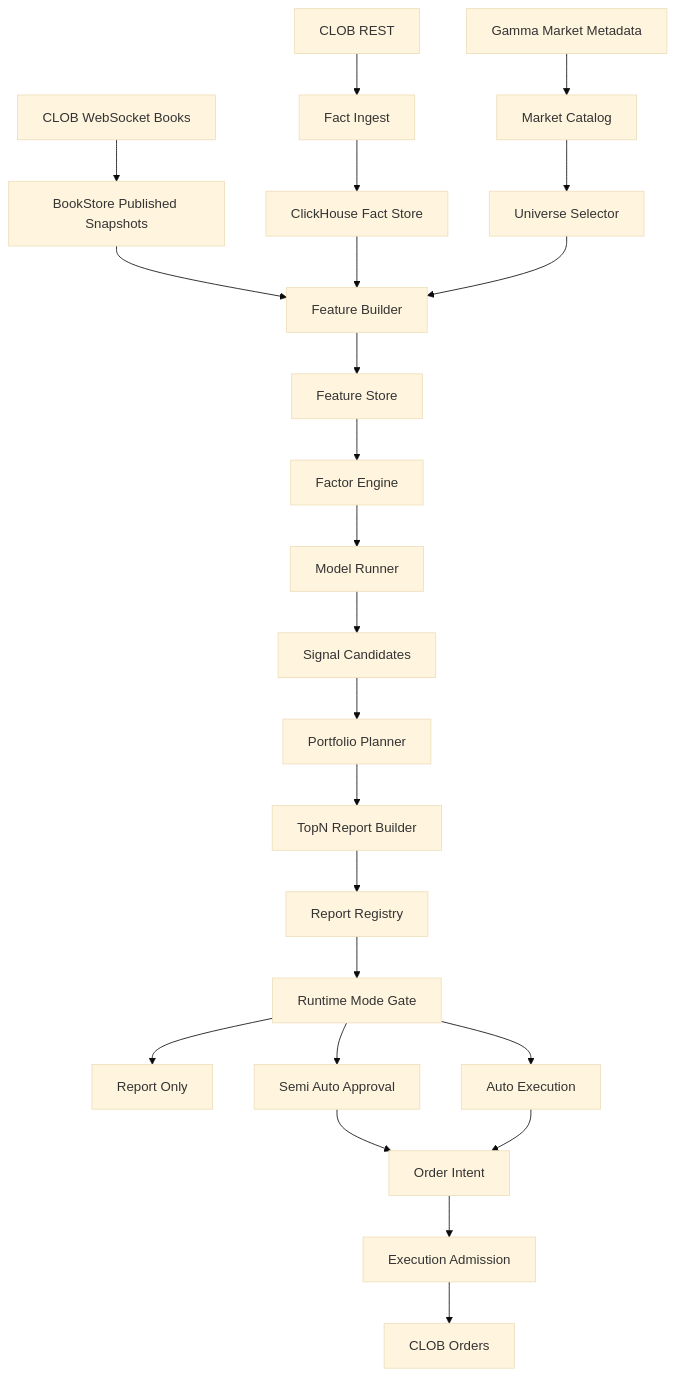
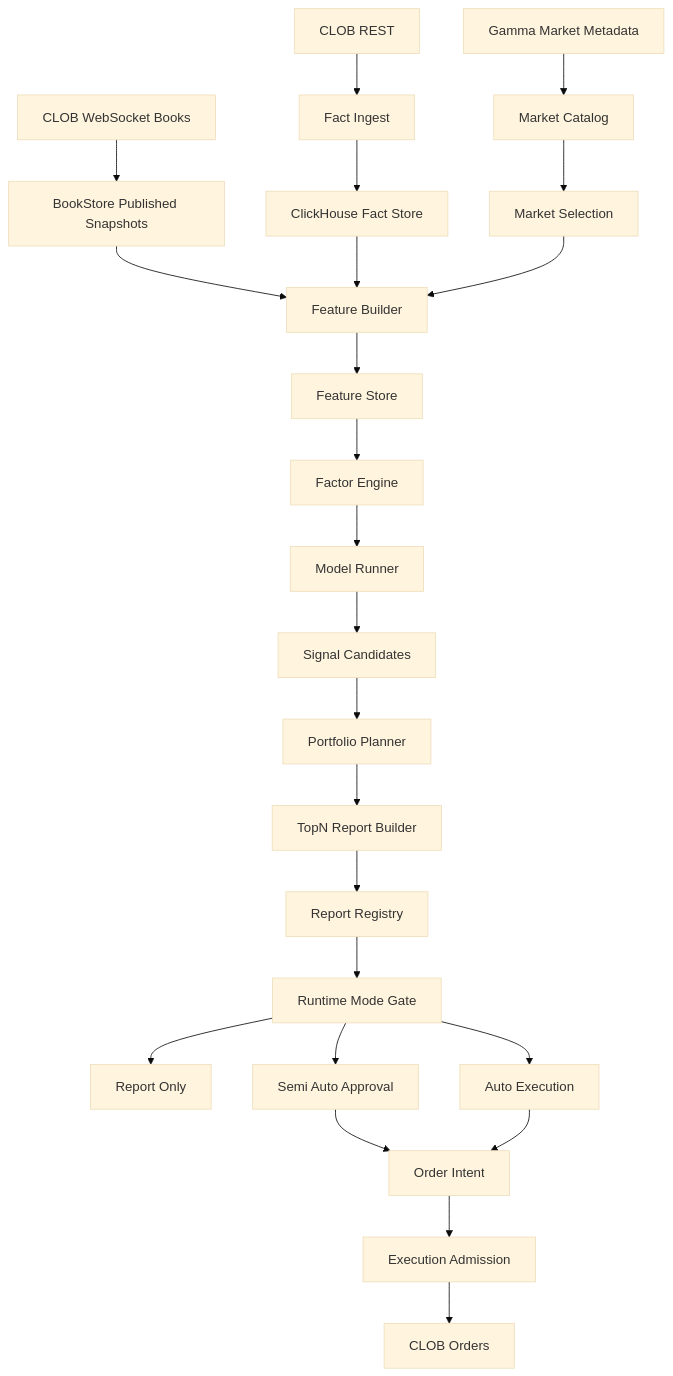
The diagram in docs/plans/quant-pivot/00-quant-pivot-architecture.md (solomon-ssy/oxide-arb), drawn with Mermaid (base theme) before and after one commit. The commit also changed other lines of this file and 133 other files, not shown here.

Commit message:
feat(core,storage,web,models)!: 📊 Phase 2 data plane — unified AsyncWriter, ClickHouse facts, data-quality gates, and universe→market-selection rename

````diff
--- a/docs/plans/quant-pivot/00-quant-pivot-architecture.md
+++ b/docs/plans/quant-pivot/00-quant-pivot-architecture.md
@@ -114,26 +114,26 @@
 ```mermaid
 flowchart TD
     Gamma["Gamma Market Metadata"] --> Catalog["Market Catalog"]
     ClobWs["CLOB WebSocket Books"] --> BookStore["BookStore Published Snapshots"]
     ClobRest["CLOB REST"] --> FactIngest["Fact Ingest"]
-    Catalog --> Universe["Universe Selector"]
+    Catalog --> Selection["Market Selection"]
     BookStore --> FeatureBuilder["Feature Builder"]
     FactIngest --> FactStore["ClickHouse Fact Store"]
     FactStore --> FeatureBuilder
-    Universe --> FeatureBuilder
+    Selection --> FeatureBuilder
     FeatureBuilder --> FeatureStore["Feature Store"]
     FeatureStore --> FactorEngine["Factor Engine"]
     FactorEngine --> ModelRunner["Model Runner"]
     ModelRunner --> SignalCandidates["Signal Candidates"]
     SignalCandidates --> PortfolioPlanner["Portfolio Planner"]
     PortfolioPlanner --> ReportBuilder["TopN Report Builder"]
     ReportBuilder --> ReportRegistry["Report Registry"]
     ReportRegistry --> ModeGate["Runtime Mode Gate"]
     ModeGate --> ReportOnly["Report Only"]
     ModeGate --> Approval["Semi Auto Approval"]
     ModeGate --> AutoExecution["Auto Execution"]
     Approval --> OrderIntent["Order Intent"]
     AutoExecution --> OrderIntent
     OrderIntent --> ExecutionAdmission["Execution Admission"]
     ExecutionAdmission --> ClobOrders["CLOB Orders"]
 ```
````
